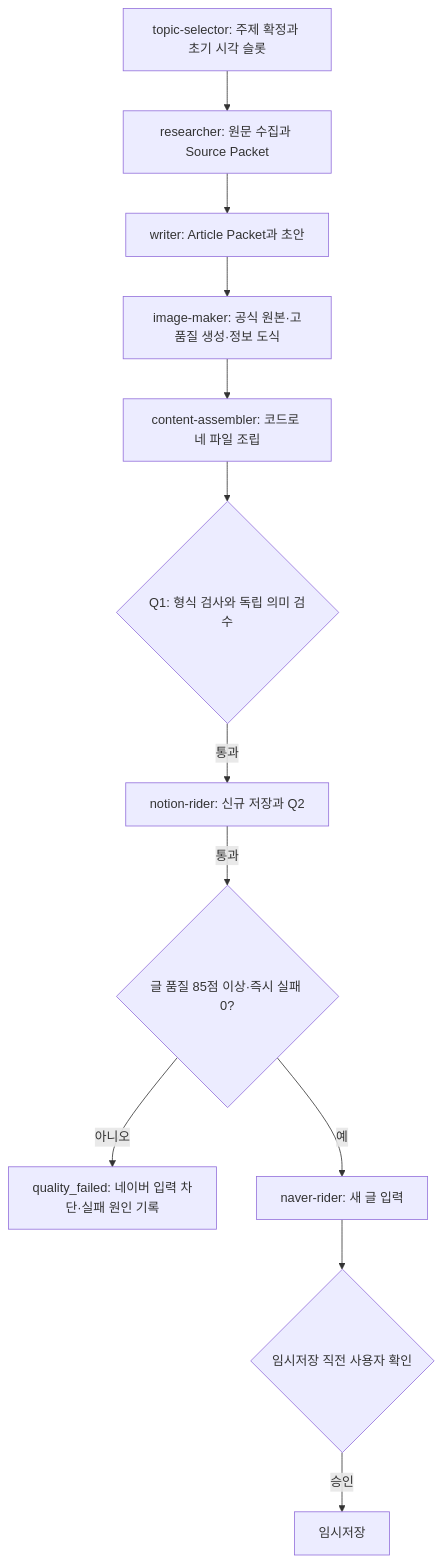
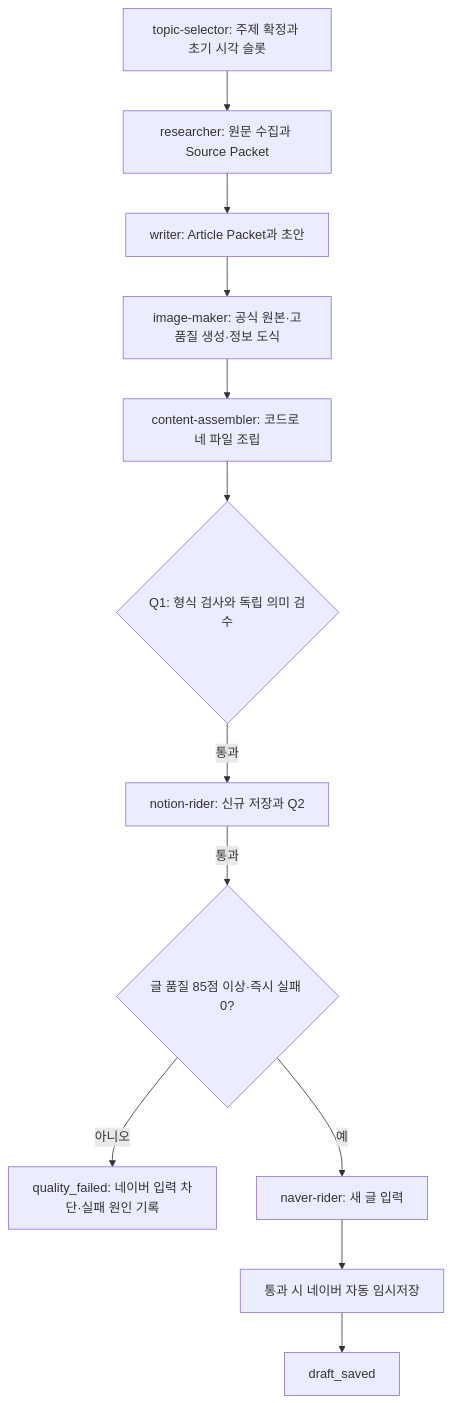
The diagram in Plan.md (jbs0572-boop/01Naver_blog_automa), drawn with Mermaid before and after one commit. The commit also changed other lines of this file and 12 other files, not shown here.

````diff
--- a/Plan.md
+++ b/Plan.md
@@ -251,14 +252,14 @@
 ```mermaid
 flowchart TD
     A[topic-selector: 주제 확정과 초기 시각 슬롯] --> B[researcher: 원문 수집과 Source Packet]
     B --> C[writer: Article Packet과 초안]
     C --> D[image-maker: 공식 원본·고품질 생성·정보 도식]
     D --> E[content-assembler: 코드로 네 파일 조립]
     E --> F{Q1: 형식 검사와 독립 의미 검수}
     F -->|통과| G[notion-rider: 신규 저장과 Q2]
     G -->|통과| S{글 품질 85점 이상·즉시 실패 0?}
     S -->|아니오| K[quality_failed: 네이버 입력 차단·실패 원인 기록]
     S -->|예| H[naver-rider: 새 글 입력]
-    H --> I{임시저장 직전 사용자 확인}
-    I -->|승인| J[임시저장]
+    H --> I[통과 시 네이버 자동 임시저장]
+    I --> J[draft_saved]
 ```
````
